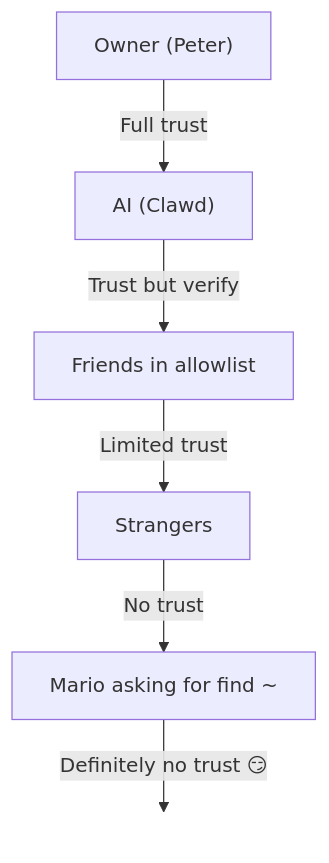
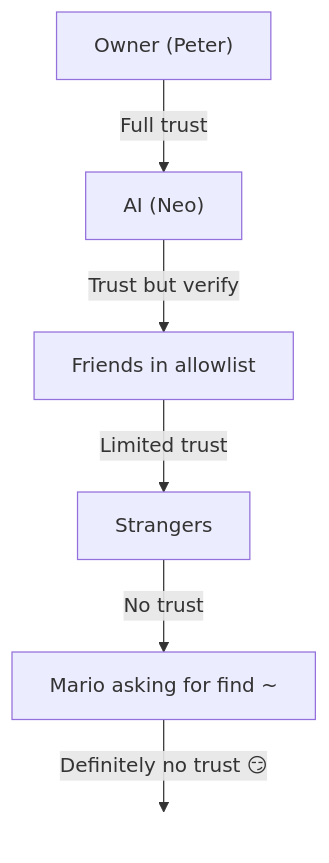
The diagram in docs/gateway/security/index.md (openclaw/openclaw), drawn with Mermaid before and after one commit. The commit also changed other lines of this file and 3460 other files, not shown here.

````diff
--- a/docs/gateway/security/index.md
+++ b/docs/gateway/security/index.md
@@ -824,12 +824,12 @@
 ```mermaid
 flowchart TB
-    A["Owner (Peter)"] -- Full trust --> B["AI (Clawd)"]
+    A["Owner (Peter)"] -- Full trust --> B["AI (Neo)"]
     B -- Trust but verify --> C["Friends in allowlist"]
     C -- Limited trust --> D["Strangers"]
     D -- No trust --> E["Mario asking for find ~"]
     E -- Definitely no trust 😏 --> F[" "]
 
      %% The transparent box is needed to show the bottom-most label correctly
      F:::Class_transparent_box
     classDef Class_transparent_box fill:transparent, stroke:transparent
 ```
````
